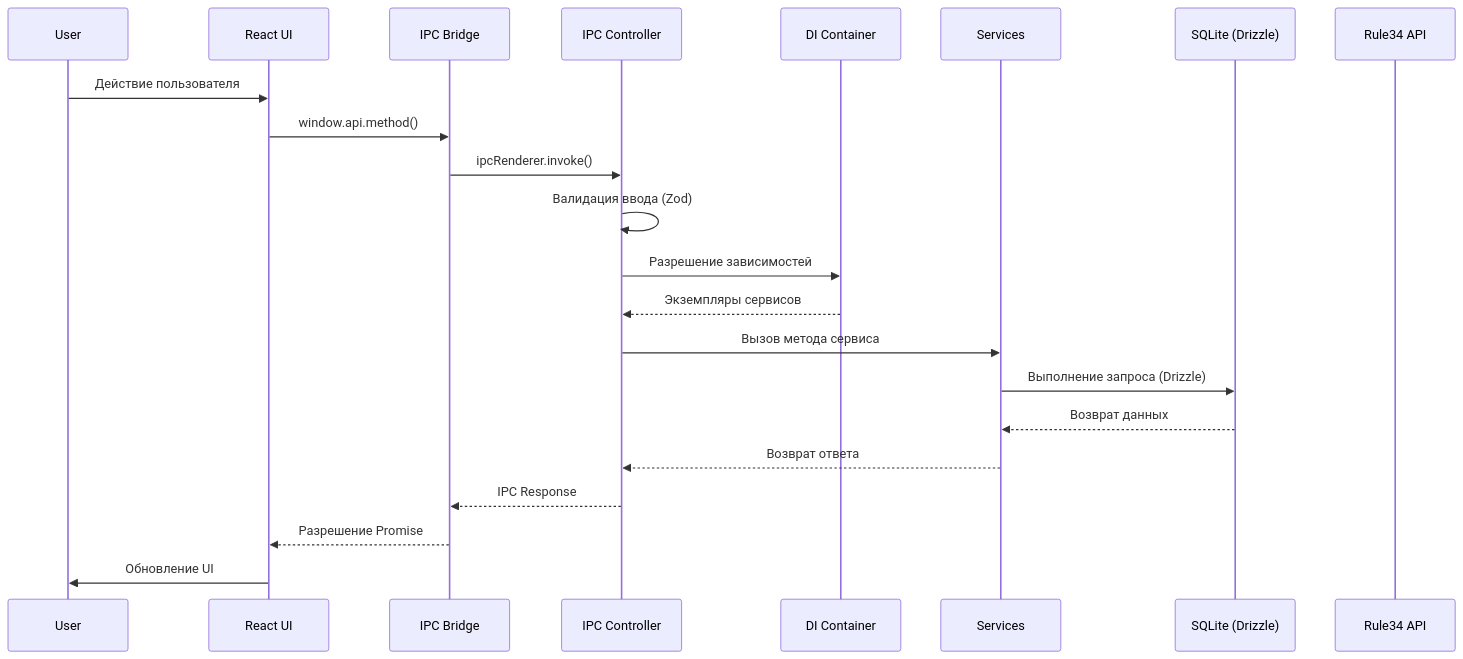
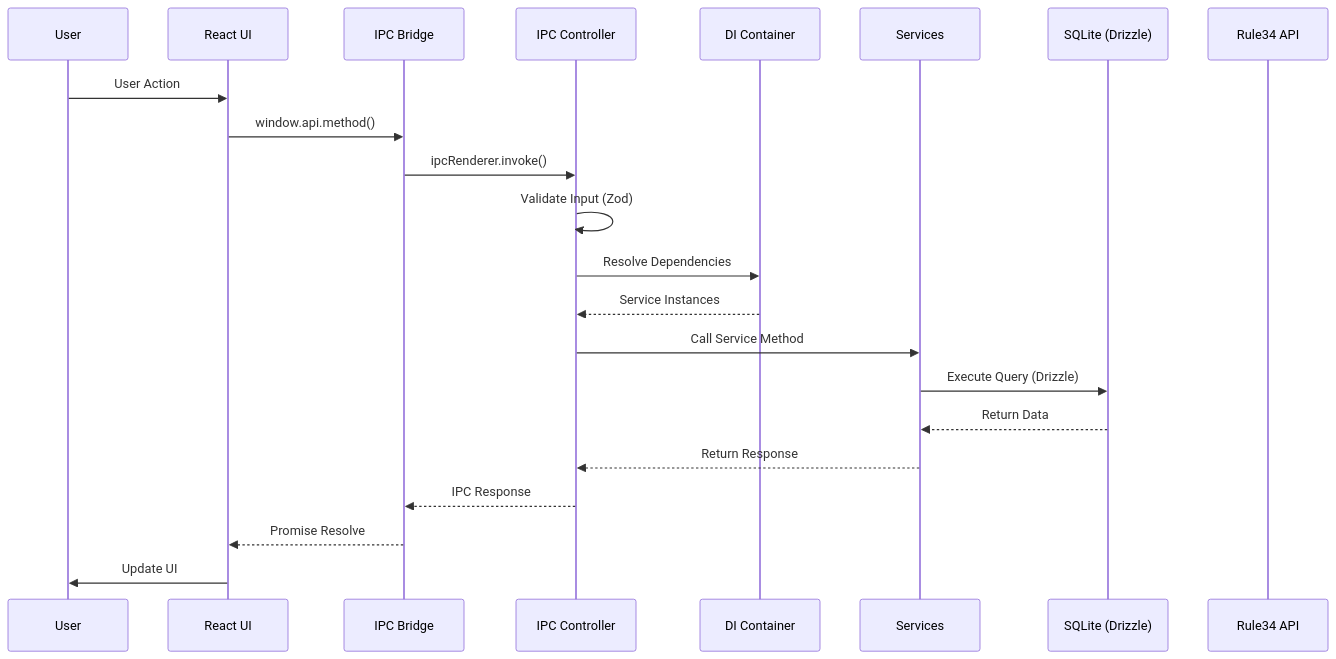
One commit to KazeKaze93/RuleDesk changed the third of 11 diagrams in .docs-i18n/ru/docs/architecture.md. Above: the diagram before and after it, drawn with Mermaid. The commit also changed other lines of this file and 8 other files, not shown here.

````diff
--- a/.docs-i18n/ru/docs/architecture.md
+++ b/.docs-i18n/ru/docs/architecture.md
@@ -184,25 +184,25 @@
 ```mermaid
 sequenceDiagram
     participant User
     participant ReactUI as React UI
     participant Bridge as IPC Bridge
     participant Controller as IPC Controller
     participant DI as DI Container
     participant Service as Services
     participant DB as SQLite (Drizzle)
     participant API as Rule34 API
 
-    User->>ReactUI: Действие пользователя
+    User->>ReactUI: User Action
     ReactUI->>Bridge: window.api.method()
     Bridge->>Controller: ipcRenderer.invoke()
-    Controller->>Controller: Валидация ввода (Zod)
-    Controller->>DI: Разрешение зависимостей
-    DI-->>Controller: Экземпляры сервисов
-    Controller->>Service: Вызов метода сервиса
-    Service->>DB: Выполнение запроса (Drizzle)
-    DB-->>Service: Возврат данных
-    Service-->>Controller: Возврат ответа
+    Controller->>Controller: Validate Input (Zod)
+    Controller->>DI: Resolve Dependencies
+    DI-->>Controller: Service Instances
+    Controller->>Service: Call Service Method
+    Service->>DB: Execute Query (Drizzle)
+    DB-->>Service: Return Data
+    Service-->>Controller: Return Response
     Controller-->>Bridge: IPC Response
-    Bridge-->>ReactUI: Разрешение Promise
-    ReactUI->>User: Обновление UI
+    Bridge-->>ReactUI: Promise Resolve
+    ReactUI->>User: Update UI
 ```
````
